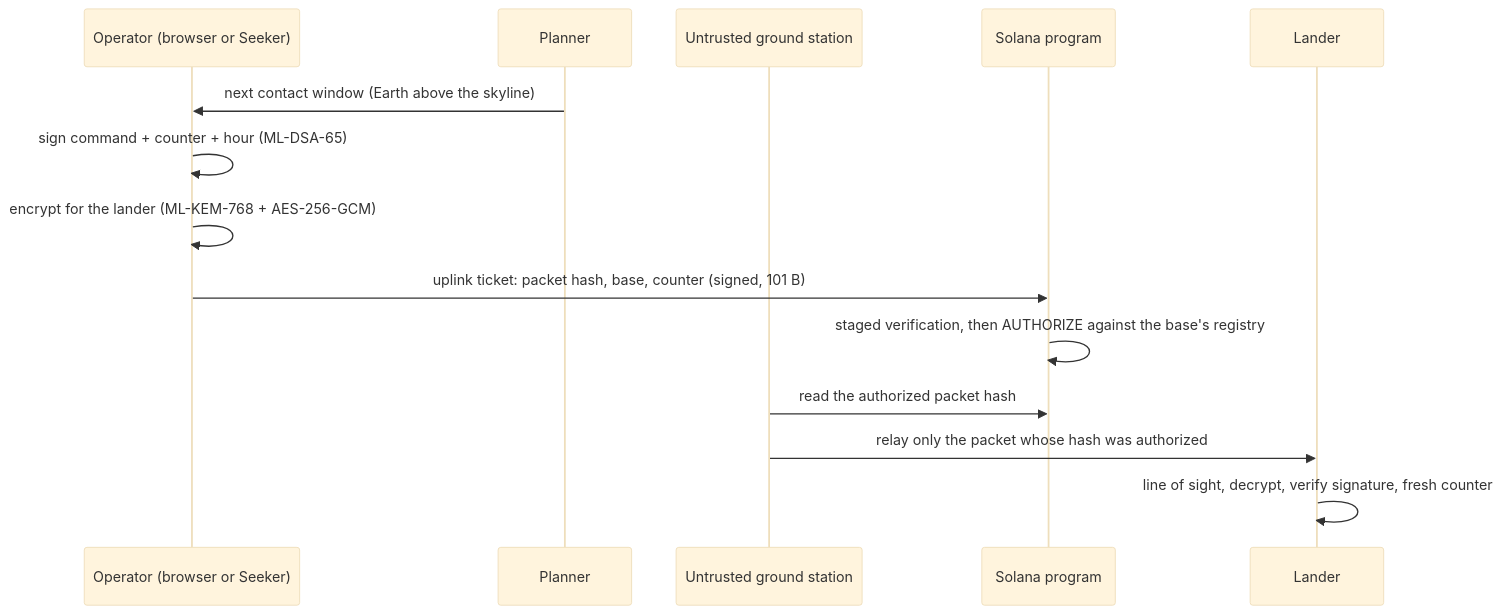
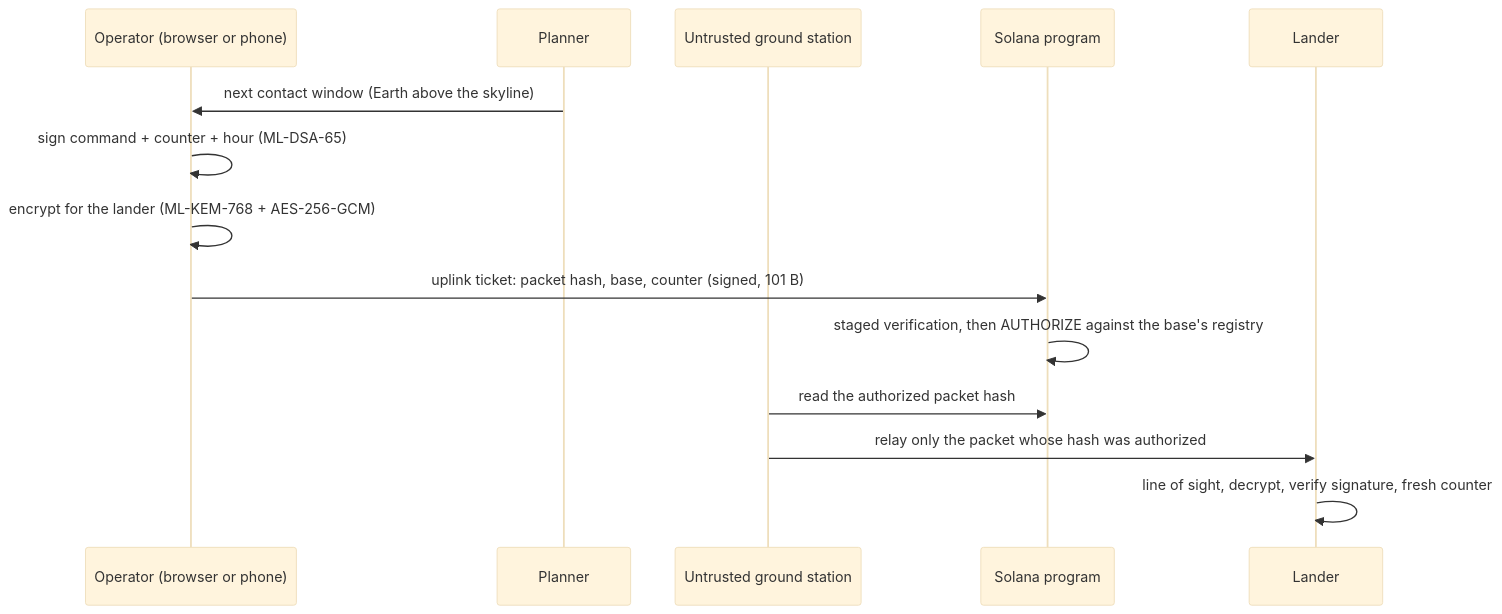
Before and after one commit to Galmanus/moonseal: the third of 3 diagrams in docs/architecture.md, drawn with Mermaid (base theme). The commit also changed other lines of this file and 34 other files, not shown here.

````diff
--- a/docs/architecture.md
+++ b/docs/architecture.md
@@ -62,16 +63,16 @@
 ```mermaid
 sequenceDiagram
-  participant O as Operator (browser or Seeker)
+  participant O as Operator (browser or phone)
   participant P as Planner
   participant S as Untrusted ground station
   participant C as Solana program
   participant L as Lander
   P->>O: next contact window (Earth above the skyline)
   O->>O: sign command + counter + hour (ML-DSA-65)
   O->>O: encrypt for the lander (ML-KEM-768 + AES-256-GCM)
   O->>C: uplink ticket: packet hash, base, counter (signed, 101 B)
   C->>C: staged verification, then AUTHORIZE against the base's registry
   S->>C: read the authorized packet hash
   S->>L: relay only the packet whose hash was authorized
   L->>L: line of sight, decrypt, verify signature, fresh counter
 ```
````
